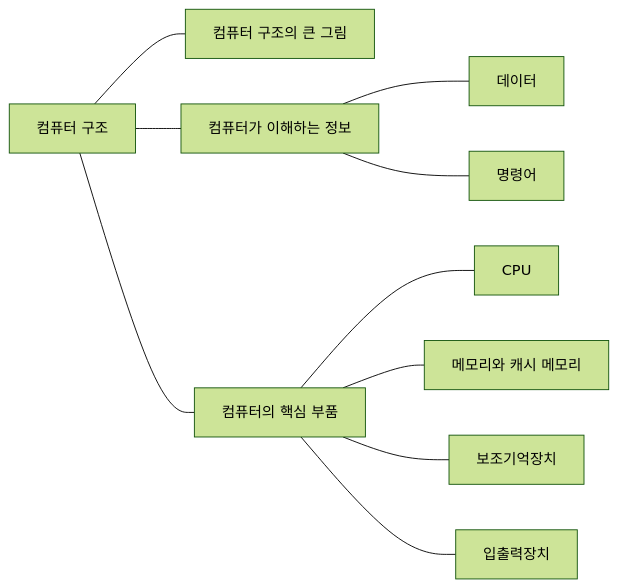
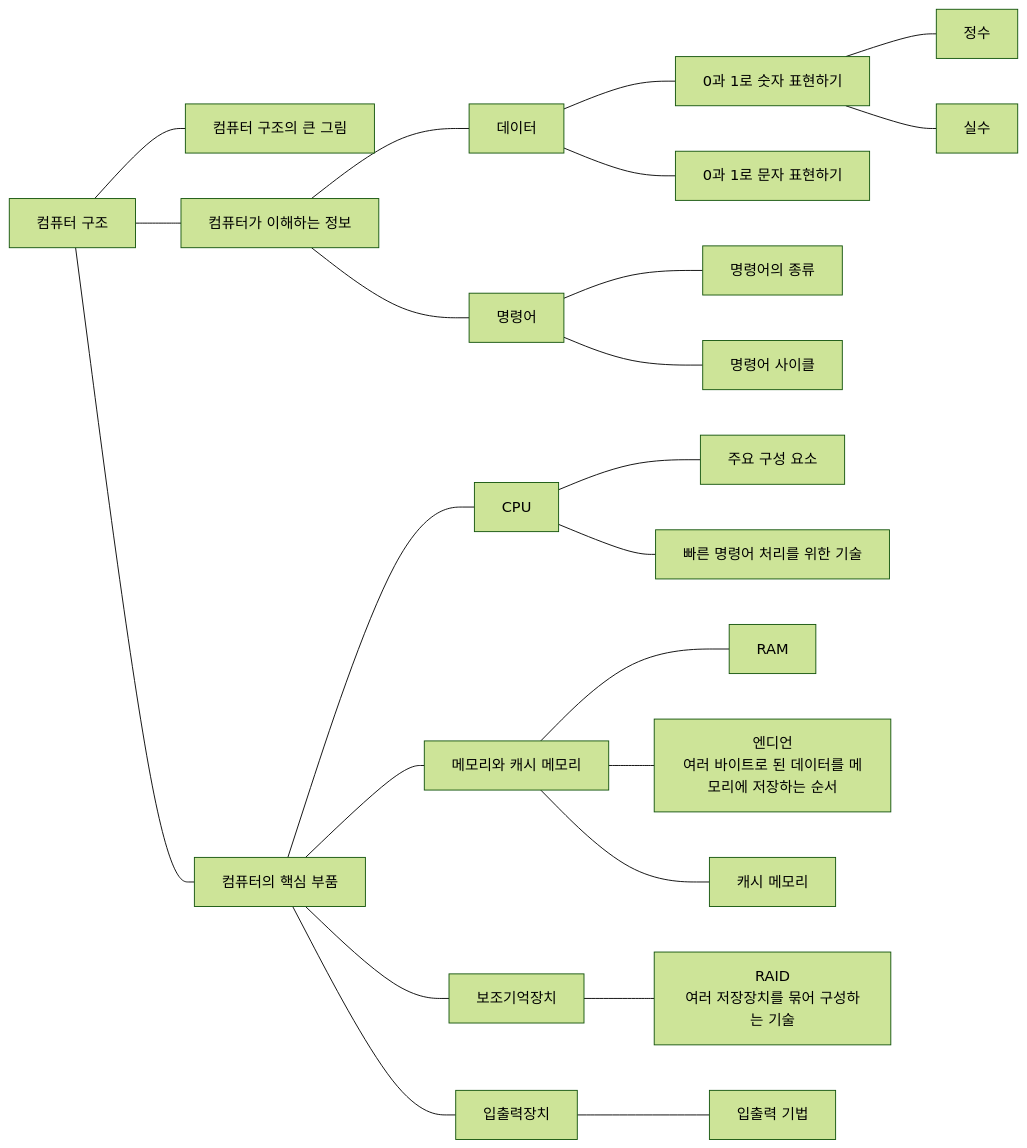
One commit to byahram/devlog changed the diagram in _posts/cs/computer-architecture/2026-05-01-computer-architecture-guide.md. Above: the diagram before and after it, drawn with Mermaid (forest theme). The commit also changed other lines of this file, not shown here.

Commit message:
docs: 컴퓨터 구조 학습 지도의 Mermaid 도식을 하나로 통합

````diff
--- a/_posts/cs/computer-architecture/2026-05-01-computer-architecture-guide.md
+++ b/_posts/cs/computer-architecture/2026-05-01-computer-architecture-guide.md
@@ -15,12 +15,25 @@
 ```mermaid
 flowchart LR
     architecture["컴퓨터 구조"] --- overview["컴퓨터 구조의 큰 그림"]
     architecture --- information["컴퓨터가 이해하는 정보"]
     information --- data["데이터"]
+    data --- numbers["0과 1로 숫자 표현하기"]
+    numbers --- integers["정수"]
+    numbers --- realNumbers["실수"]
+    data --- characters["0과 1로 문자 표현하기"]
     information --- instruction["명령어"]
+    instruction --- instructionTypes["명령어의 종류"]
+    instruction --- instructionCycle["명령어 사이클"]
     architecture --- components["컴퓨터의 핵심 부품"]
     components --- cpu["CPU"]
+    cpu --- cpuParts["주요 구성 요소"]
+    cpu --- cpuTechniques["빠른 명령어 처리를 위한 기술"]
     components --- memory["메모리와 캐시 메모리"]
+    memory --- ram["RAM"]
+    memory --- endianness["엔디언<br/>여러 바이트로 된 데이터를 메모리에 저장하는 순서"]
+    memory --- cache["캐시 메모리"]
     components --- storage["보조기억장치"]
+    storage --- raid["RAID<br/>여러 저장장치를 묶어 구성하는 기술"]
     components --- io["입출력장치"]
+    io --- ioTechniques["입출력 기법"]
 ```
````
